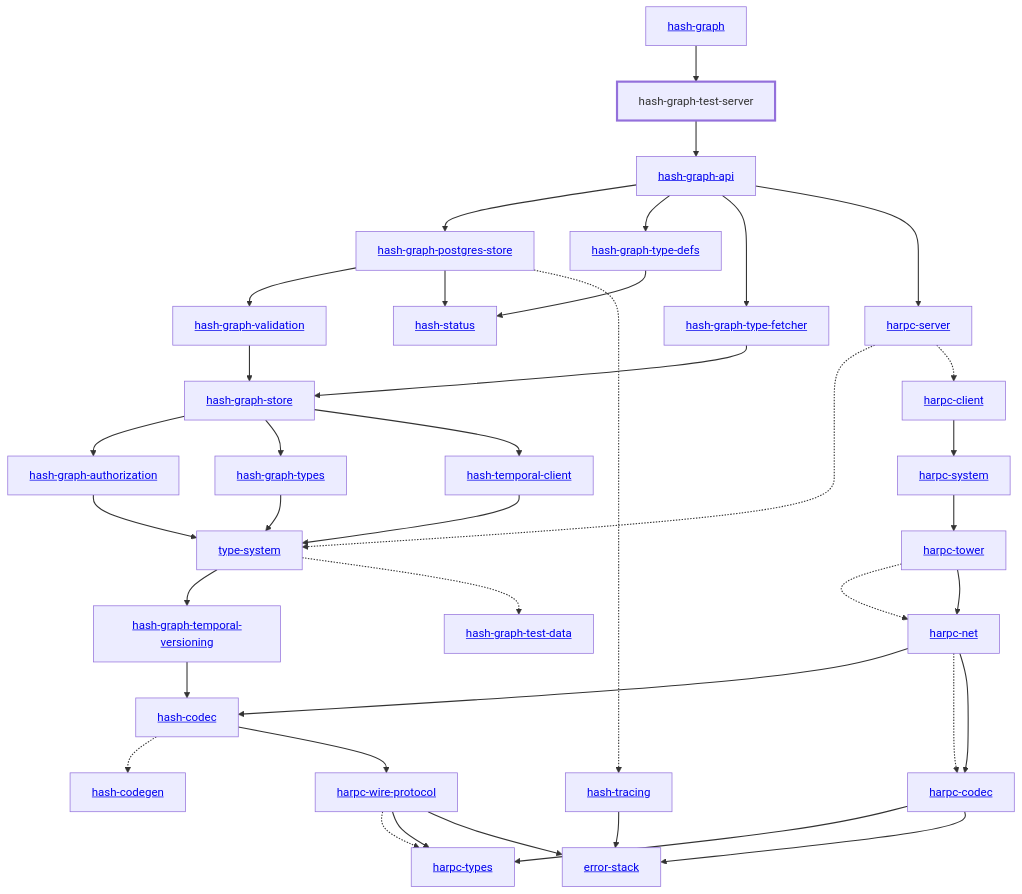
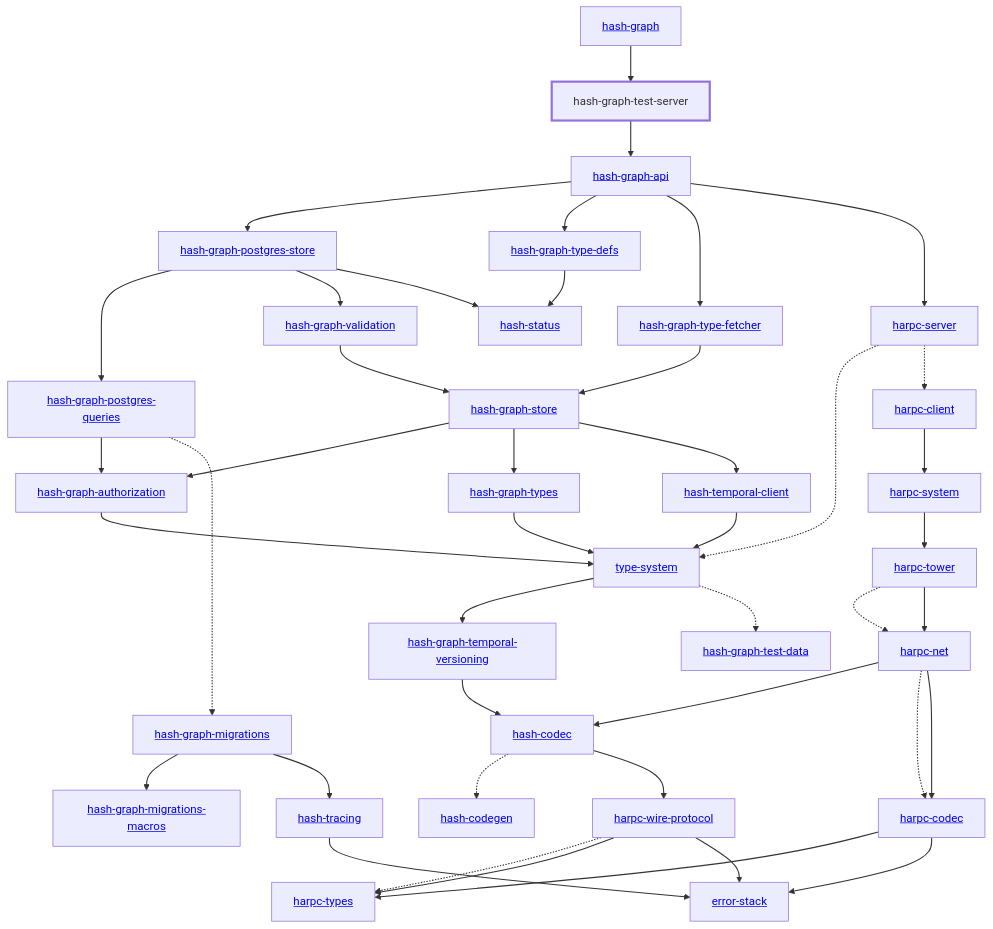
One commit to hashintel/hash changed the diagram in libs/@local/graph/test-server/docs/dependency-diagram.mmd. Above: the diagram before and after it, drawn with Mermaid. The commit also changed 58 other files, not shown here.

```diff
--- a/libs/@local/graph/test-server/docs/dependency-diagram.mmd
+++ b/libs/@local/graph/test-server/docs/dependency-diagram.mmd
@@ -1,76 +1,83 @@
 graph TD
     linkStyle default stroke-width:1.5px
     classDef default stroke-width:1px
     classDef root stroke-width:3px
     classDef dev stroke-width:1px
     classDef build stroke-width:1px
     %% Legend
     %% --> : Normal dependency
     %% -.-> : Dev dependency
     %% ---> : Build dependency
     0[<a href="../hash_graph">hash-graph</a>]
     1[<a href="../type_system">type-system</a>]
     2[<a href="../hash_codec">hash-codec</a>]
     3[<a href="../hash_codegen">hash-codegen</a>]
     4[<a href="../hash_graph_api">hash-graph-api</a>]
     5[<a href="../hash_graph_authorization">hash-graph-authorization</a>]
-    6[<a href="../hash_graph_postgres_store">hash-graph-postgres-store</a>]
-    7[<a href="../hash_graph_store">hash-graph-store</a>]
-    8[<a href="../hash_graph_temporal_versioning">hash-graph-temporal-versioning</a>]
-    9[hash-graph-test-server]
-    class 9 root
-    10[<a href="../hash_graph_type_defs">hash-graph-type-defs</a>]
-    11[<a href="../hash_graph_type_fetcher">hash-graph-type-fetcher</a>]
-    12[<a href="../hash_graph_types">hash-graph-types</a>]
-    13[<a href="../hash_graph_validation">hash-graph-validation</a>]
-    14[<a href="../harpc_client">harpc-client</a>]
-    15[<a href="../harpc_codec">harpc-codec</a>]
-    16[<a href="../harpc_net">harpc-net</a>]
-    17[<a href="../harpc_server">harpc-server</a>]
-    18[<a href="../harpc_system">harpc-system</a>]
-    19[<a href="../harpc_tower">harpc-tower</a>]
-    20[<a href="../harpc_types">harpc-types</a>]
-    21[<a href="../harpc_wire_protocol">harpc-wire-protocol</a>]
-    22[<a href="../hash_status">hash-status</a>]
-    23[<a href="../hash_temporal_client">hash-temporal-client</a>]
-    24[<a href="../hash_tracing">hash-tracing</a>]
-    25[<a href="../error_stack">error-stack</a>]
-    26[<a href="../hash_graph_test_data">hash-graph-test-data</a>]
-    0 --> 9
-    1 --> 8
-    1 -.-> 26
+    6[<a href="../hash_graph_migrations">hash-graph-migrations</a>]
+    7[<a href="../hash_graph_migrations_macros">hash-graph-migrations-macros</a>]
+    8[<a href="../hash_graph_postgres_queries">hash-graph-postgres-queries</a>]
+    9[<a href="../hash_graph_postgres_store">hash-graph-postgres-store</a>]
+    10[<a href="../hash_graph_store">hash-graph-store</a>]
+    11[<a href="../hash_graph_temporal_versioning">hash-graph-temporal-versioning</a>]
+    12[hash-graph-test-server]
+    class 12 root
+    13[<a href="../hash_graph_type_defs">hash-graph-type-defs</a>]
+    14[<a href="../hash_graph_type_fetcher">hash-graph-type-fetcher</a>]
+    15[<a href="../hash_graph_types">hash-graph-types</a>]
+    16[<a href="../hash_graph_validation">hash-graph-validation</a>]
+    17[<a href="../harpc_client">harpc-client</a>]
+    18[<a href="../harpc_codec">harpc-codec</a>]
+    19[<a href="../harpc_net">harpc-net</a>]
+    20[<a href="../harpc_server">harpc-server</a>]
+    21[<a href="../harpc_system">harpc-system</a>]
+    22[<a href="../harpc_tower">harpc-tower</a>]
+    23[<a href="../harpc_types">harpc-types</a>]
+    24[<a href="../harpc_wire_protocol">harpc-wire-protocol</a>]
+    25[<a href="../hash_status">hash-status</a>]
+    26[<a href="../hash_temporal_client">hash-temporal-client</a>]
+    27[<a href="../hash_tracing">hash-tracing</a>]
+    28[<a href="../error_stack">error-stack</a>]
+    29[<a href="../hash_graph_test_data">hash-graph-test-data</a>]
+    0 --> 12
+    1 --> 11
+    1 -.-> 29
     2 -.-> 3
-    2 --> 21
-    4 --> 6
-    4 --> 10
-    4 --> 11
-    4 --> 17
+    2 --> 24
+    4 --> 9
+    4 --> 13
+    4 --> 14
+    4 --> 20
     5 --> 1
-    6 --> 13
-    6 --> 22
-    6 -.-> 24
-    7 --> 5
-    7 --> 12
-    7 --> 23
-    8 --> 2
-    9 --> 4
-    10 --> 22
-    11 --> 7
-    12 --> 1
-    13 --> 7
-    14 --> 18
-    15 --> 20
-    15 --> 25
-    16 --> 2
-    16 -.-> 15
-    16 --> 15
-    17 -.-> 1
-    17 -.-> 14
-    18 --> 19
-    19 -.-> 16
-    19 --> 16
-    21 -.-> 20
-    21 --> 20
-    21 --> 25
-    23 --> 1
-    24 --> 25
+    6 --> 7
+    6 --> 27
+    8 --> 5
+    8 -.-> 6
+    9 --> 8
+    9 --> 16
+    9 --> 25
+    10 --> 5
+    10 --> 15
+    10 --> 26
+    11 --> 2
+    12 --> 4
+    13 --> 25
+    14 --> 10
+    15 --> 1
+    16 --> 10
+    17 --> 21
+    18 --> 23
+    18 --> 28
+    19 --> 2
+    19 -.-> 18
+    19 --> 18
+    20 -.-> 1
+    20 -.-> 17
+    21 --> 22
+    22 -.-> 19
+    22 --> 19
+    24 -.-> 23
+    24 --> 23
+    24 --> 28
+    26 --> 1
+    27 --> 28
```
